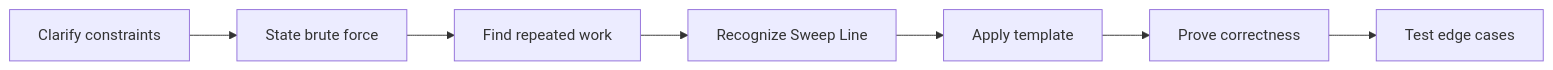
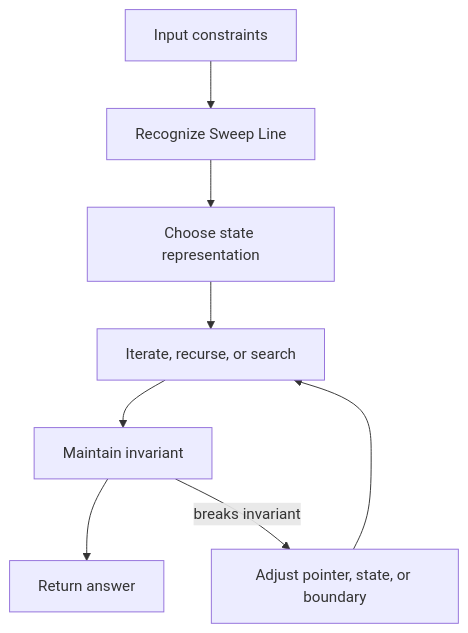
Before and after one commit to abstractinterviews/abstractinterviews.github.io: the second of 2 diagrams in coding-round/patterns/sweep-line/index.md, drawn with Mermaid. The commit also changed other lines of this file and 278 other files, not shown here.

````diff
--- a/coding-round/patterns/sweep-line/index.md
+++ b/coding-round/patterns/sweep-line/index.md
@@ -123,9 +121,10 @@
-~~~mermaid
-flowchart LR
-    A["Clarify constraints"] --> B["State brute force"]
-    B --> C["Find repeated work"]
-    C --> D["Recognize Sweep Line"]
-    D --> E["Apply template"]
-    E --> F["Prove correctness"]
-    F --> G["Test edge cases"]
-~~~
+```mermaid
+flowchart TD
+    Input["Input constraints"] --> Pattern["Recognize Sweep Line"]
+    Pattern --> State["Choose state representation"]
+    State --> Iterate["Iterate, recurse, or search"]
+    Iterate --> Check["Maintain invariant"]
+    Check --> Result["Return answer"]
+    Check -->|breaks invariant| Fix["Adjust pointer, state, or boundary"]
+    Fix --> Iterate
+```
````
